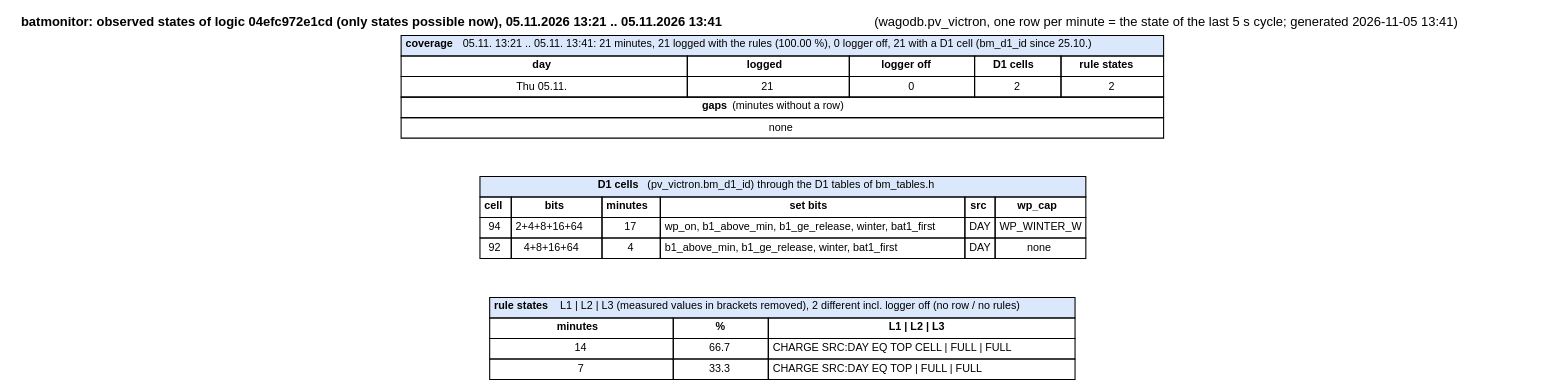
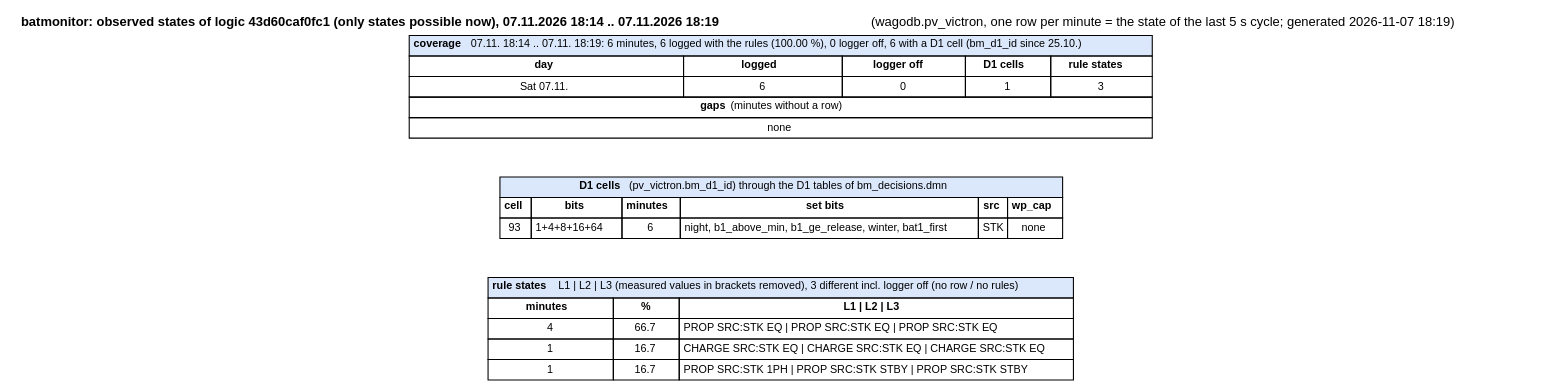
The diagram in docs/observed_states.dot (gerontec/victron), drawn with Graphviz before and after one commit. The commit also changed 11 other files, not shown here.

Commit message:
docs: decision PDFs regenerated for batmonitor 0.78-py (bm_decisions.dmn, one bank)

```diff
--- a/docs/observed_states.dot
+++ b/docs/observed_states.dot
@@ -1,9 +1,9 @@
 // generated by docs/gen_docs.py from wagodb.pv_victron - do not edit
 digraph observed {
-	graph [rankdir=TB, fontname="Helvetica", fontsize=12, labelloc=t, nodesep=0.4, label=<<b>batmonitor: observed states of logic 04efc972e1cd (only states possible now), 05.11.2026 13:21 .. 05.11.2026 13:41</b> (wagodb.pv_victron, one row per minute = the state of the last 5 s cycle; generated 2026-11-05 13:41)>];
+	graph [rankdir=TB, fontname="Helvetica", fontsize=12, labelloc=t, nodesep=0.4, label=<<b>batmonitor: observed states of logic 43d60caf0fc1 (only states possible now), 07.11.2026 18:14 .. 07.11.2026 18:19</b> (wagodb.pv_victron, one row per minute = the state of the last 5 s cycle; generated 2026-11-07 18:19)>];
 	node [shape=plain, fontname="Helvetica", fontsize=10];
-	head [label=<<table border="0" cellborder="1" cellspacing="0" cellpadding="3" bgcolor="#ffffff"><tr><td colspan="5" bgcolor="#dbe8fb"><b>coverage</b> 05.11. 13:21 .. 05.11. 13:41: 21 minutes, 21 logged with the rules (100.00 %), 0 logger off, 21 with a D1 cell (bm_d1_id since 25.10.)</td></tr><tr><td><b>day</b></td><td><b>logged</b></td><td><b>logger off</b></td><td><b>D1 cells</b></td><td><b>rule states</b></td></tr><tr><td>Thu 05.11.</td><td>21</td><td>0</td><td>2</td><td>2</td></tr><tr><td colspan="5"><b>gaps</b> (minutes without a row)</td></tr><tr><td colspan="5">none</td></tr></table>>];
-	cells [label=<<table border="0" cellborder="1" cellspacing="0" cellpadding="3" bgcolor="#ffffff"><tr><td colspan="6" bgcolor="#dbe8fb"><b>D1 cells</b> (pv_victron.bm_d1_id) through the D1 tables of bm_tables.h</td></tr><tr><td><b>cell</b></td><td><b>bits</b></td><td><b>minutes</b></td><td><b>set bits</b></td><td><b>src</b></td><td><b>wp_cap</b></td></tr><tr><td>94</td><td>2+4+8+16+64</td><td>17</td><td align="left">wp_on, b1_above_min, b1_ge_release, winter, bat1_first</td><td>DAY</td><td>WP_WINTER_W</td></tr><tr><td>92</td><td>4+8+16+64</td><td>4</td><td align="left">b1_above_min, b1_ge_release, winter, bat1_first</td><td>DAY</td><td>none</td></tr></table>>];
-	states [label=<<table border="0" cellborder="1" cellspacing="0" cellpadding="3" bgcolor="#ffffff"><tr><td colspan="3" bgcolor="#dbe8fb"><b>rule states</b> L1 | L2 | L3 (measured values in brackets removed), 2 different incl. logger off (no row / no rules)</td></tr><tr><td><b>minutes</b></td><td><b>%</b></td><td><b>L1 | L2 | L3</b></td></tr><tr><td>14</td><td>66.7</td><td align="left">CHARGE SRC:DAY EQ TOP CELL | FULL | FULL</td></tr><tr><td>7</td><td>33.3</td><td align="left">CHARGE SRC:DAY EQ TOP | FULL | FULL</td></tr></table>>];
+	head [label=<<table border="0" cellborder="1" cellspacing="0" cellpadding="3" bgcolor="#ffffff"><tr><td colspan="5" bgcolor="#dbe8fb"><b>coverage</b> 07.11. 18:14 .. 07.11. 18:19: 6 minutes, 6 logged with the rules (100.00 %), 0 logger off, 6 with a D1 cell (bm_d1_id since 25.10.)</td></tr><tr><td><b>day</b></td><td><b>logged</b></td><td><b>logger off</b></td><td><b>D1 cells</b></td><td><b>rule states</b></td></tr><tr><td>Sat 07.11.</td><td>6</td><td>0</td><td>1</td><td>3</td></tr><tr><td colspan="5"><b>gaps</b> (minutes without a row)</td></tr><tr><td colspan="5">none</td></tr></table>>];
+	cells [label=<<table border="0" cellborder="1" cellspacing="0" cellpadding="3" bgcolor="#ffffff"><tr><td colspan="6" bgcolor="#dbe8fb"><b>D1 cells</b> (pv_victron.bm_d1_id) through the D1 tables of bm_decisions.dmn</td></tr><tr><td><b>cell</b></td><td><b>bits</b></td><td><b>minutes</b></td><td><b>set bits</b></td><td><b>src</b></td><td><b>wp_cap</b></td></tr><tr><td>93</td><td>1+4+8+16+64</td><td>6</td><td align="left">night, b1_above_min, b1_ge_release, winter, bat1_first</td><td>STK</td><td>none</td></tr></table>>];
+	states [label=<<table border="0" cellborder="1" cellspacing="0" cellpadding="3" bgcolor="#ffffff"><tr><td colspan="3" bgcolor="#dbe8fb"><b>rule states</b> L1 | L2 | L3 (measured values in brackets removed), 3 different incl. logger off (no row / no rules)</td></tr><tr><td><b>minutes</b></td><td><b>%</b></td><td><b>L1 | L2 | L3</b></td></tr><tr><td>4</td><td>66.7</td><td align="left">PROP SRC:STK EQ | PROP SRC:STK EQ | PROP SRC:STK EQ</td></tr><tr><td>1</td><td>16.7</td><td align="left">CHARGE SRC:STK EQ | CHARGE SRC:STK EQ | CHARGE SRC:STK EQ</td></tr><tr><td>1</td><td>16.7</td><td align="left">PROP SRC:STK 1PH | PROP SRC:STK STBY | PROP SRC:STK STBY</td></tr></table>>];
 	head -> cells -> states [style=invis];
 }
```
